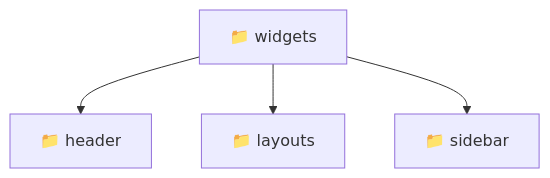
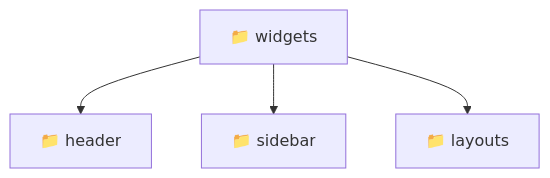
One commit to beginwebdev2002/fullstack-mavluda changed the diagram in frontend/src/widgets/README.md. Above: the diagram before and after it, drawn with Mermaid. The commit also changed other lines of this file and 166 other files, not shown here.

First line of the commit message:
docs: generate repository-wide architectural README files

````diff
--- a/frontend/src/widgets/README.md
+++ b/frontend/src/widgets/README.md
@@ -11,7 +11,10 @@
 ```mermaid
 graph TD
-  Root["📁 widgets"]
-  Root --> header["📁 header"]
-  Root --> layouts["📁 layouts"]
-  Root --> sidebar["📁 sidebar"]
+  f_Root_widgets["📁 widgets"]
+  f_Dir_header["📁 header"]
+  f_Root_widgets --> f_Dir_header
+  f_Dir_sidebar["📁 sidebar"]
+  f_Root_widgets --> f_Dir_sidebar
+  f_Dir_layouts["📁 layouts"]
+  f_Root_widgets --> f_Dir_layouts
 ```
````
